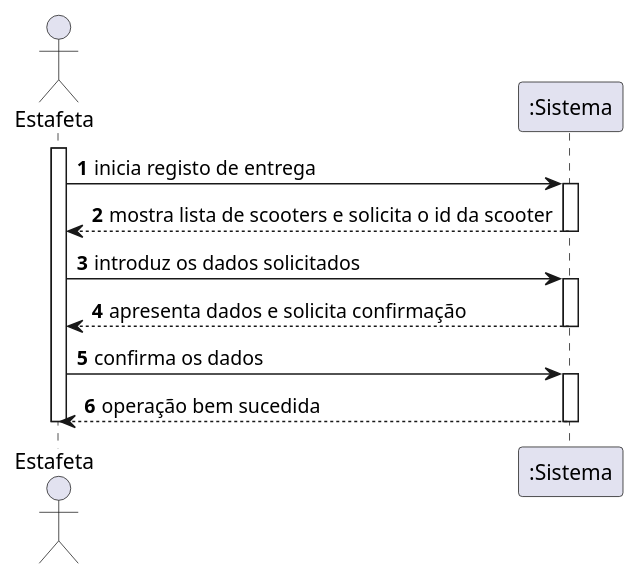
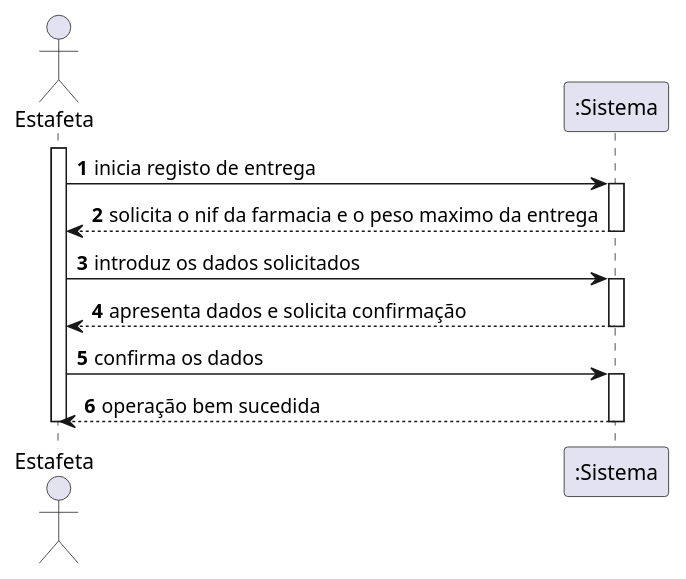
The diagram in docs/UC6/RegistoEntregaSSD.puml (pedrolemos4/LAPR3), drawn with PlantUML before and after one commit. The commit also changed 15 other files, not shown here.

```diff
--- a/docs/UC6/RegistoEntregaSSD.puml
+++ b/docs/UC6/RegistoEntregaSSD.puml
@@ -1,22 +1,22 @@
 @startuml
 autonumber
 actor "Estafeta" as EST
 
 activate EST
 EST -> ":Sistema" : inicia registo de entrega
 activate ":Sistema"
-":Sistema" --> EST : mostra lista de scooters e solicita o id da scooter
+":Sistema" --> EST : solicita o nif da farmacia e o peso maximo da entrega
 deactivate ":Sistema"
 
 EST -> ":Sistema" : introduz os dados solicitados
 activate ":Sistema"
 ":Sistema" --> EST : apresenta dados e solicita confirmação
 deactivate ":Sistema"
 
 EST -> ":Sistema" : confirma os dados
 activate ":Sistema"
 ":Sistema" --> EST : operação bem sucedida
 deactivate ":Sistema"
 
 deactivate EST
 @enduml
```
